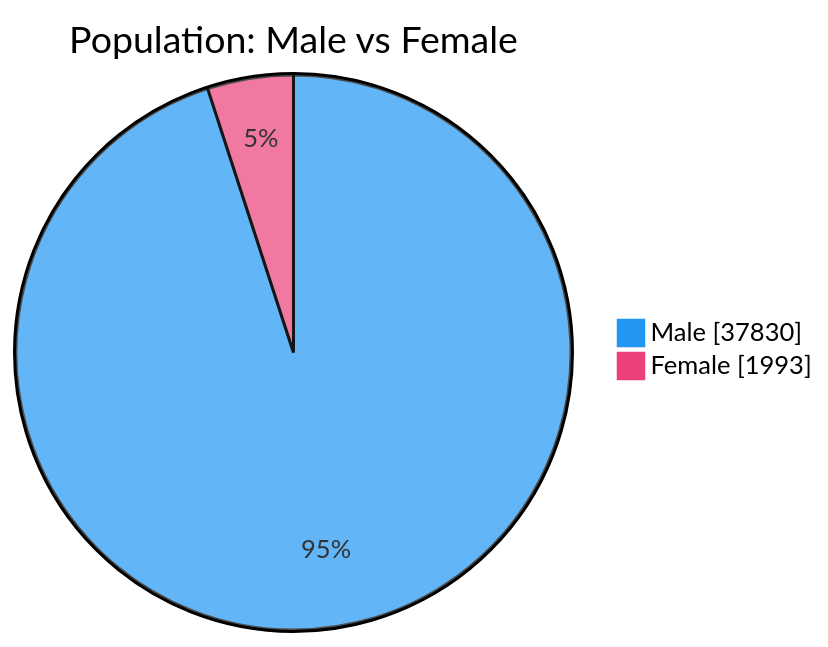
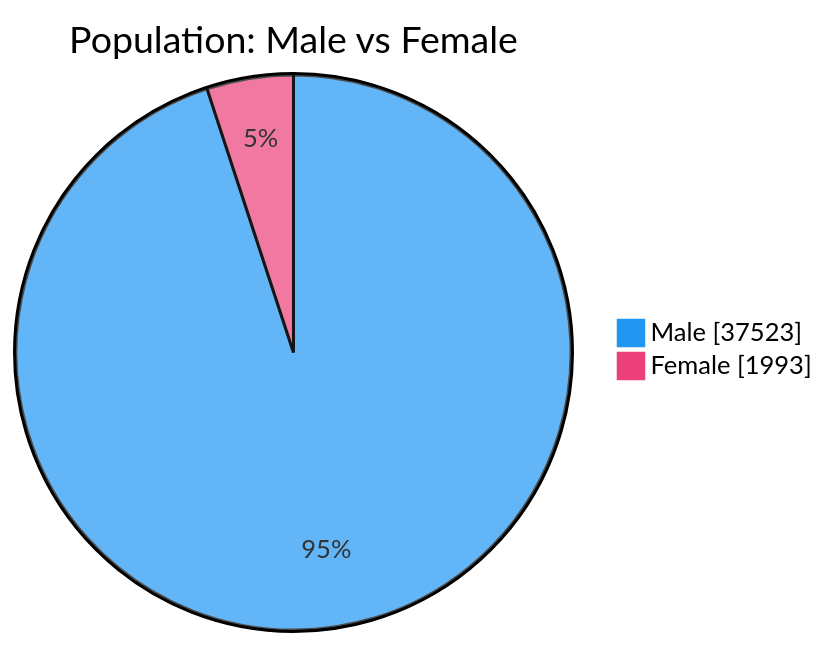
Before and after one commit to nuuuwan/lk_prisons: the second of 7 diagrams in README.md, drawn with Mermaid. The commit also changed other lines of this file and 1 other file, not shown here.

````diff
--- a/README.md
+++ b/README.md
@@ -54,6 +54,6 @@
 ```mermaid
 %%{init: {'themeVariables': {'pie1': '#2196F3', 'pie2': '#EC407A'}}}%%
 pie showData title Population: Male vs Female
-    "Male" : 37830
+    "Male" : 37523
     "Female" : 1993
 ```
````
